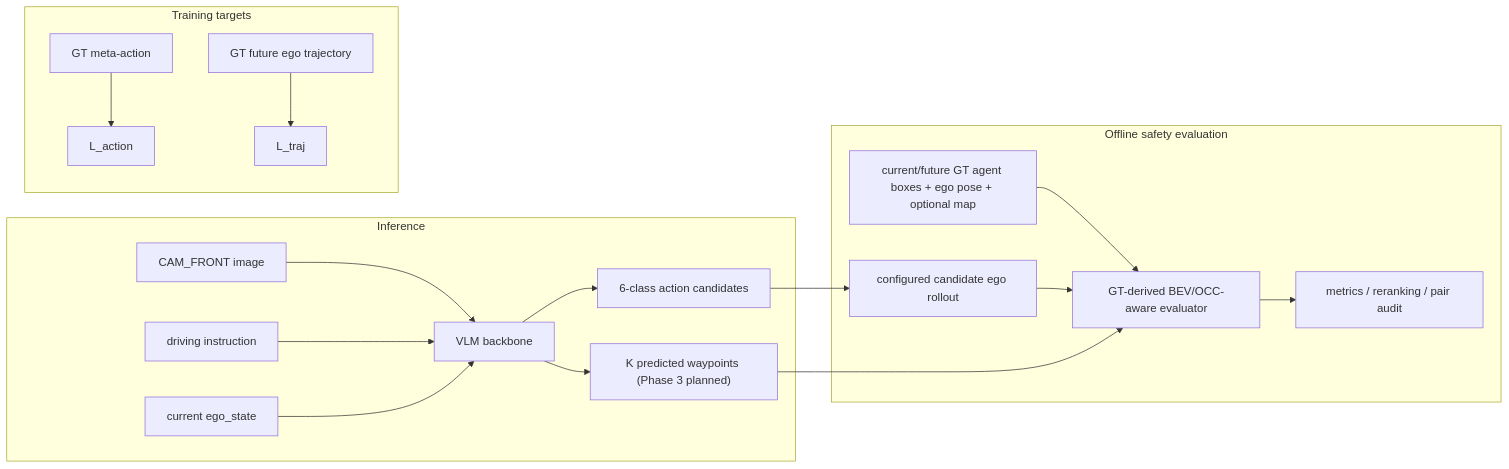
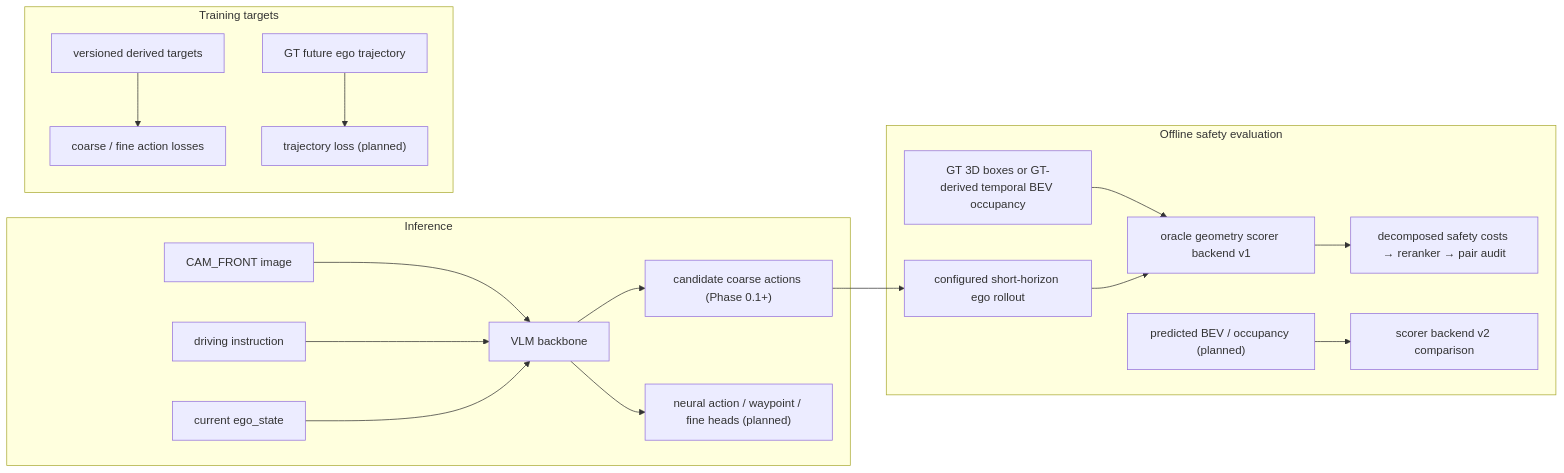
One commit to TNAG031231/4vla_learning changed the diagram in project_mvp_plan.md. Above: the diagram before and after it, drawn with Mermaid. The commit also changed other lines of this file and 2 other files, not shown here.

First line of the commit message:
Docs: revise project into scalable coarse-to-fine VLA roadmap (#12)

````diff
--- a/project_mvp_plan.md
+++ b/project_mvp_plan.md
@@ -28,23 +30,23 @@
 ```mermaid
 flowchart LR
     subgraph Inference
         A["CAM_FRONT image"] --> D["VLM backbone"]
         B["driving instruction"] --> D
         C["current ego_state"] --> D
-        D --> E["6-class action candidates"]
-        D --> F["K predicted waypoints (Phase 3 planned)"]
+        D --> E["candidate coarse actions (Phase 0.1+)"]
+        D --> F["neural action / waypoint / fine heads (planned)"]
     end
 
     subgraph Training targets
-        G["GT meta-action"] --> H["L_action"]
-        I["GT future ego trajectory"] --> J["L_traj"]
+        G["versioned derived targets"] --> H["coarse / fine action losses"]
+        I["GT future ego trajectory"] --> J["trajectory loss (planned)"]
     end
 
     subgraph Offline safety evaluation
-        K["current/future GT agent boxes + ego pose + optional map"] --> L["GT-derived BEV/OCC-aware evaluator"]
-        E --> M["configured candidate ego rollout"]
+        E --> M["configured short-horizon ego rollout"]
+        K["GT 3D boxes or GT-derived temporal BEV occupancy"] --> L["oracle geometry scorer backend v1"]
         M --> L
-        F --> L
-        L --> N["metrics / reranking / pair audit"]
+        L --> N["decomposed safety costs → reranker → pair audit"]
+        O["predicted BEV / occupancy (planned)"] --> P["scorer backend v2 comparison"]
     end
 ```
````
